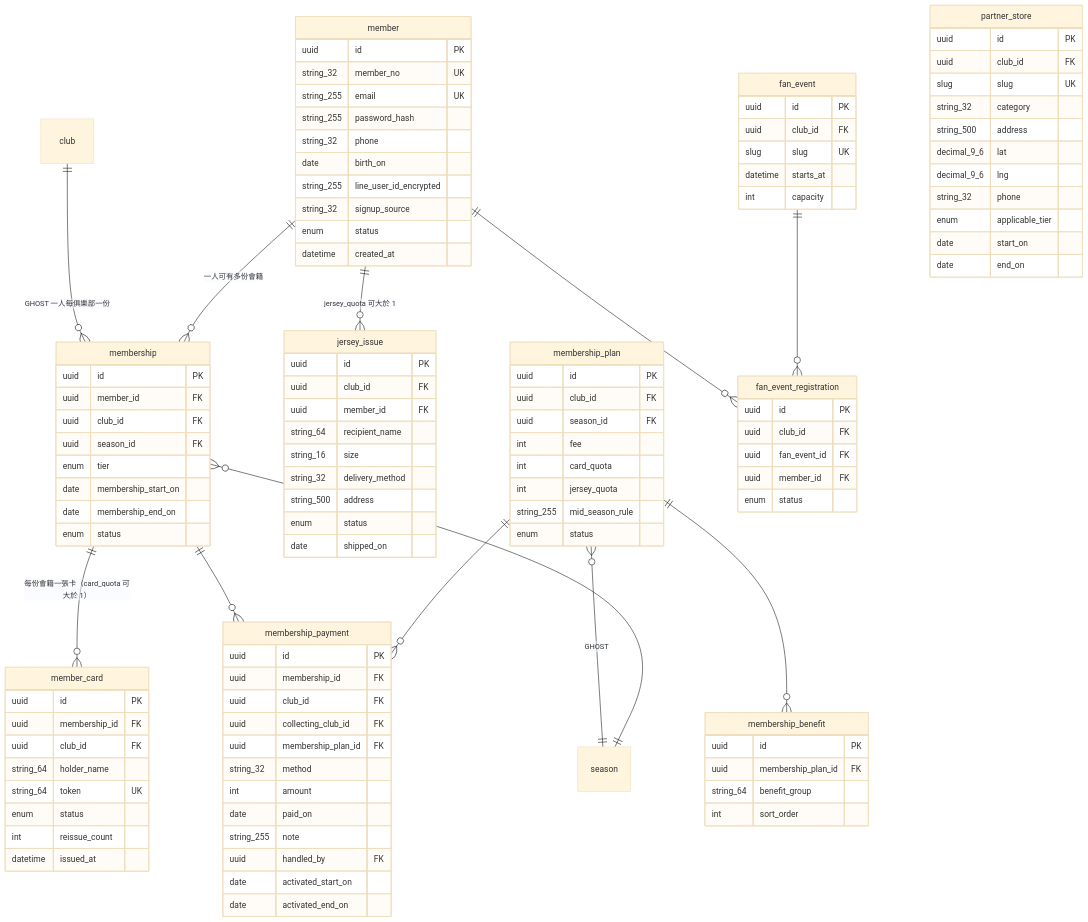
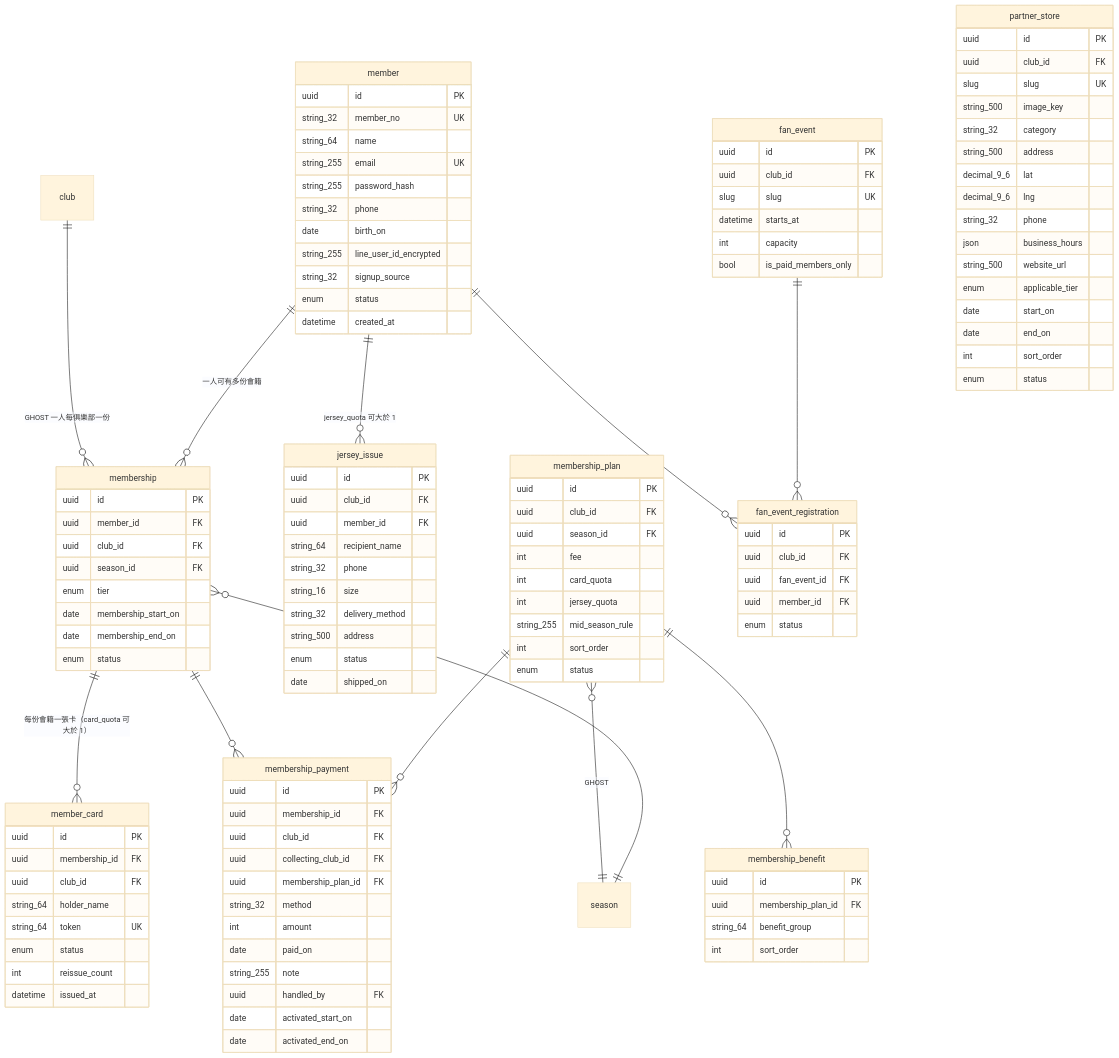
The tenth of 16 diagrams in docs/12a-database-erd.md (waiting0201/tcrfc), drawn with Mermaid (base theme) before and after one commit. The commit also changed other lines of this file and 3 other files, not shown here.

```diff
--- a/docs/12a-database-erd.md
+++ b/docs/12a-database-erd.md
@@ -617,6 +634,7 @@
   member {
     uuid id PK
     string_32 member_no UK
+    string_64 name
     string_255 email UK
     string_255 password_hash
     string_32 phone
@@ -654,6 +672,7 @@
     int card_quota
     int jersey_quota
     string_255 mid_season_rule
+    int sort_order
     enum status
   }
   membership_payment {
@@ -681,6 +700,7 @@
     uuid club_id FK
     uuid member_id FK
     string_64 recipient_name
+    string_32 phone
     string_16 size
     string_32 delivery_method
     string_500 address
@@ -691,14 +711,19 @@
     uuid id PK
     uuid club_id FK
     slug slug UK
+    string_500 image_key
     string_32 category
     string_500 address
     decimal_9_6 lat
     decimal_9_6 lng
     string_32 phone
+    json business_hours
+    string_500 website_url
     enum applicable_tier
     date start_on
     date end_on
+    int sort_order
+    enum status
   }
   fan_event {
     uuid id PK
@@ -706,6 +731,7 @@
     slug slug UK
     datetime starts_at
     int capacity
+    bool is_paid_members_only
   }
   fan_event_registration {
     uuid id PK
```
